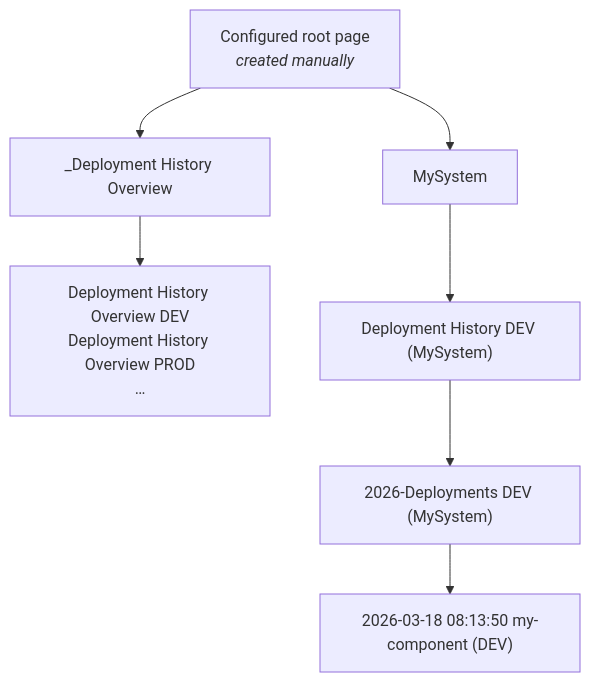
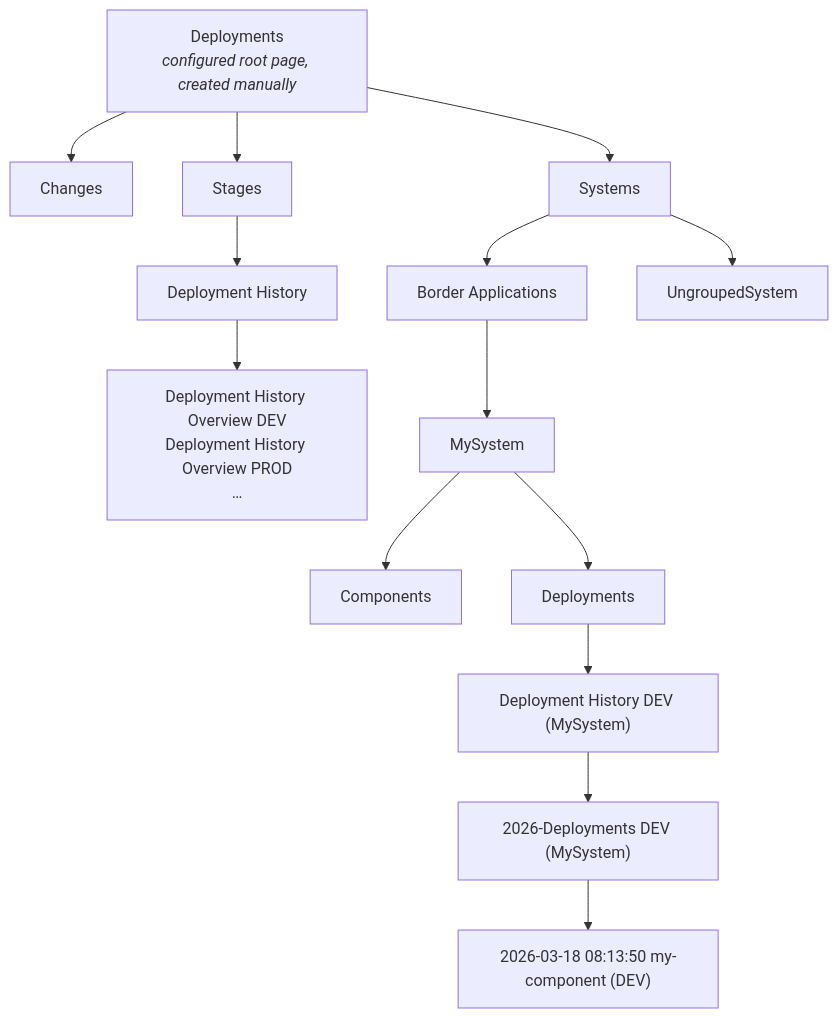
The first of 2 diagrams in docs/documentation-generation.md (jeap-admin-ch/jeap-deploymentlog-service), drawn with Mermaid before and after one commit. The commit also changed other lines of this file and 29 other files, not shown here.

Commit message:
JEAP-7355: Add parentPageId to page entities and enhance system repository methods

````diff
--- a/docs/documentation-generation.md
+++ b/docs/documentation-generation.md
@@ -9,17 +9,31 @@
 ```mermaid
 flowchart TD
-  Root["Configured root page<br/><i>created manually</i>"]
-  Overview["_Deployment History Overview"]
+  Root["Deployments<br/><i>configured root page, created manually</i>"]
+  Changes["Changes"]
+  Systems["Systems"]
+  Group["Border Applications"]
+  Components["Components"]
+  SystemDeployments["Deployments"]
+  Stages["Stages"]
+  Overview["Deployment History"]
   OverviewEnv["Deployment History Overview DEV<br/>Deployment History Overview PROD<br/>…"]
   Sys["MySystem"]
+  Ungrouped["UngroupedSystem"]
   Hist["Deployment History DEV (MySystem)"]
   List["2026-Deployments DEV (MySystem)"]
   Letter["2026-03-18 08:13:50 my-component (DEV)"]
 
-  Root --> Overview
+  Root --> Changes
+  Root --> Systems
+  Systems --> Group
+  Group --> Sys
+  Systems --> Ungrouped
+  Sys --> Components
+  Sys --> SystemDeployments
+  SystemDeployments --> Hist
+  Root --> Stages
+  Stages --> Overview
   Overview --> OverviewEnv
-  Root --> Sys
-  Sys --> Hist
   Hist --> List
   List --> Letter
 ```
````
